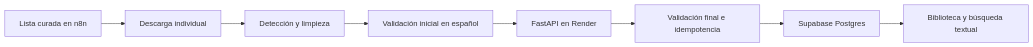
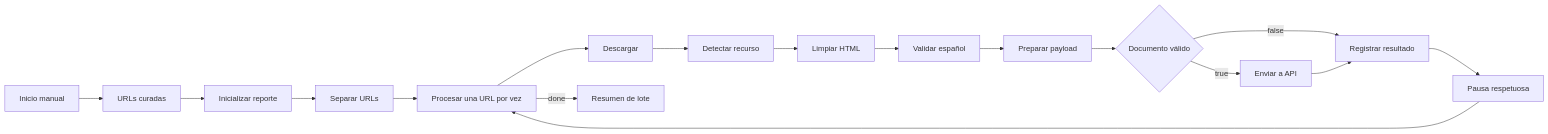
The diagram in docs/n8n/ARQUITECTURA_INGESTA_N8N.md (Nehorpy-cpu/gospel-library-ia), drawn with Mermaid before and after one commit. The commit also changed other lines of this file and 13 other files, not shown here.

````diff
--- a/docs/n8n/ARQUITECTURA_INGESTA_N8N.md
+++ b/docs/n8n/ARQUITECTURA_INGESTA_N8N.md
@@ -59,10 +29,19 @@
 ```mermaid
 flowchart LR
-    A["Lista curada en n8n"] --> B["Descarga individual"]
-    B --> C["Detección y limpieza"]
-    C --> D["Validación inicial en español"]
-    D --> E["FastAPI en Render"]
-    E --> F["Validación final e idempotencia"]
-    F --> G["Supabase Postgres"]
-    G --> H["Biblioteca y búsqueda textual"]
+    A["Inicio manual"] --> B["URLs curadas"]
+    B --> C["Inicializar reporte"]
+    C --> D["Separar URLs"]
+    D --> E["Procesar una URL por vez"]
+    E --> F["Descargar"]
+    F --> G["Detectar recurso"]
+    G --> H["Limpiar HTML"]
+    H --> I["Validar español"]
+    I --> J["Preparar payload"]
+    J --> K{"Documento válido"}
+    K -->|true| L["Enviar a API"]
+    K -->|false| M["Registrar resultado"]
+    L --> M
+    M --> N["Pausa respetuosa"]
+    N --> E
+    E -->|done| O["Resumen de lote"]
 ```
````
